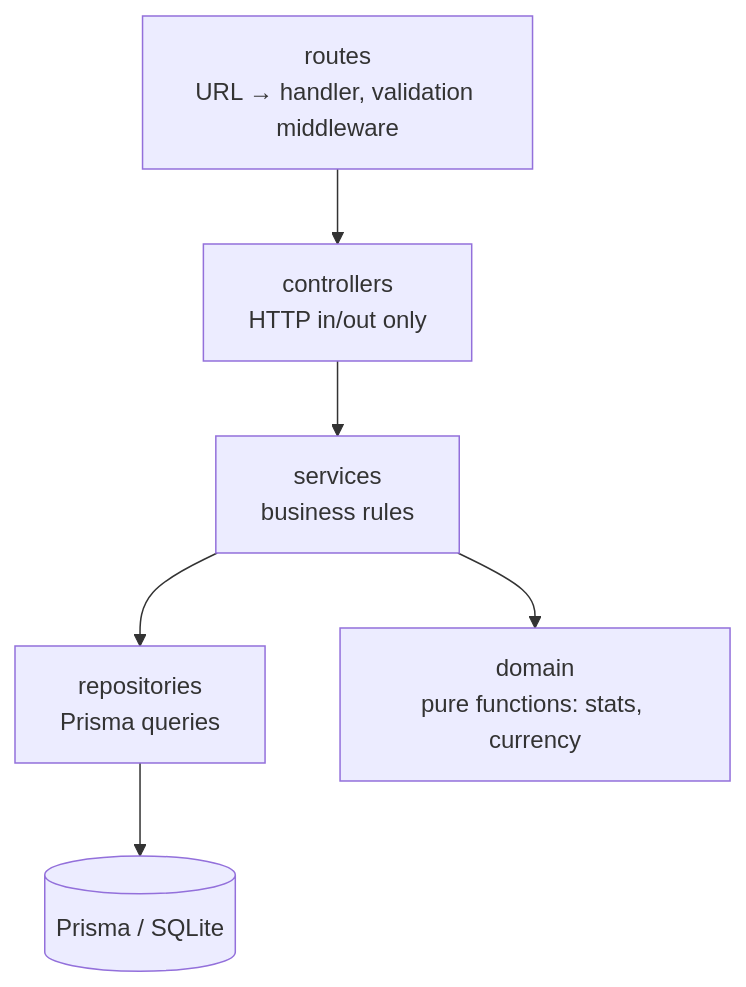
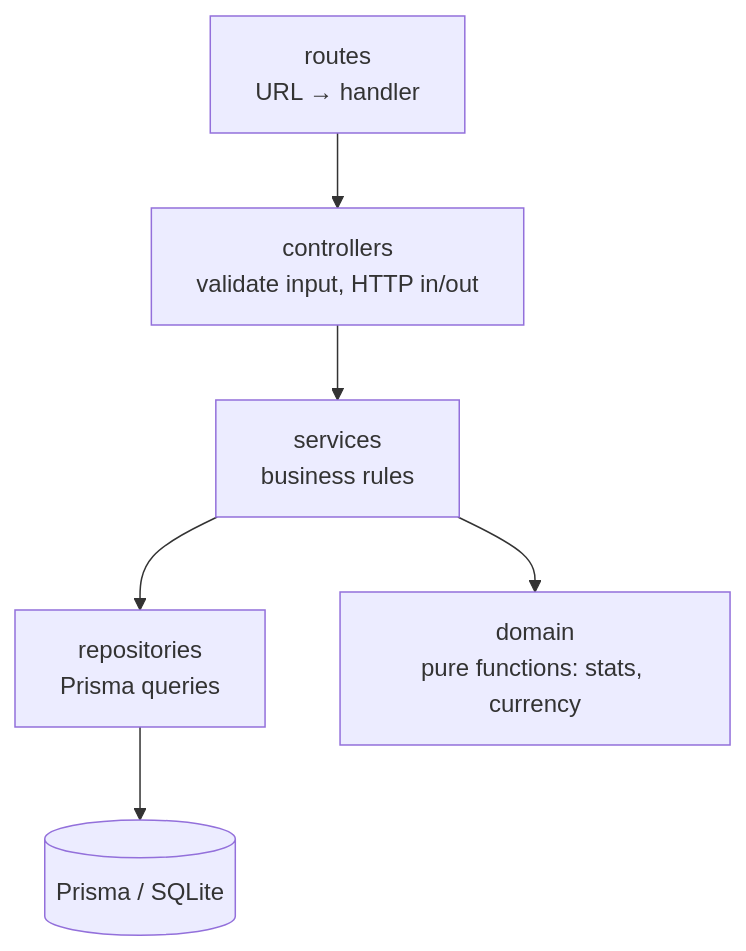
One commit to aryanjain21/salary-management changed the second of 4 diagrams in docs/02-architecture.md. Above: the diagram before and after it, drawn with Mermaid. The commit also changed other lines of this file and 1 other file, not shown here.

Commit message:
docs: align architecture and decisions with the implementation

````diff
--- a/docs/02-architecture.md
+++ b/docs/02-architecture.md
@@ -17,8 +17,8 @@
 ```mermaid
 flowchart TD
-  R[routes<br/>URL → handler, validation middleware] --> C[controllers<br/>HTTP in/out only]
+  R[routes<br/>URL → handler] --> C[controllers<br/>validate input, HTTP in/out]
   C --> S[services<br/>business rules]
   S --> RP[repositories<br/>Prisma queries]
   S --> D[domain<br/>pure functions: stats, currency]
   RP --> P[(Prisma / SQLite)]
 ```
````
